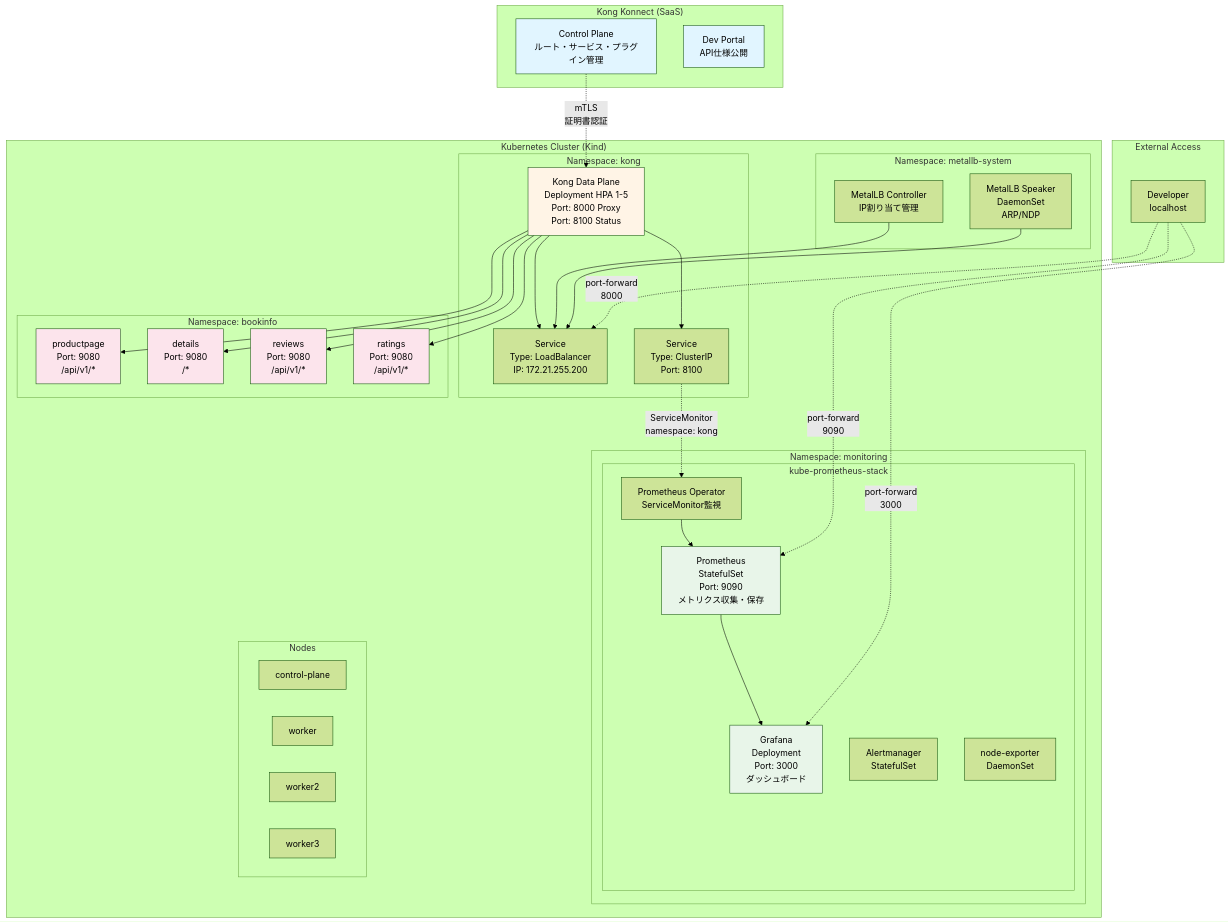
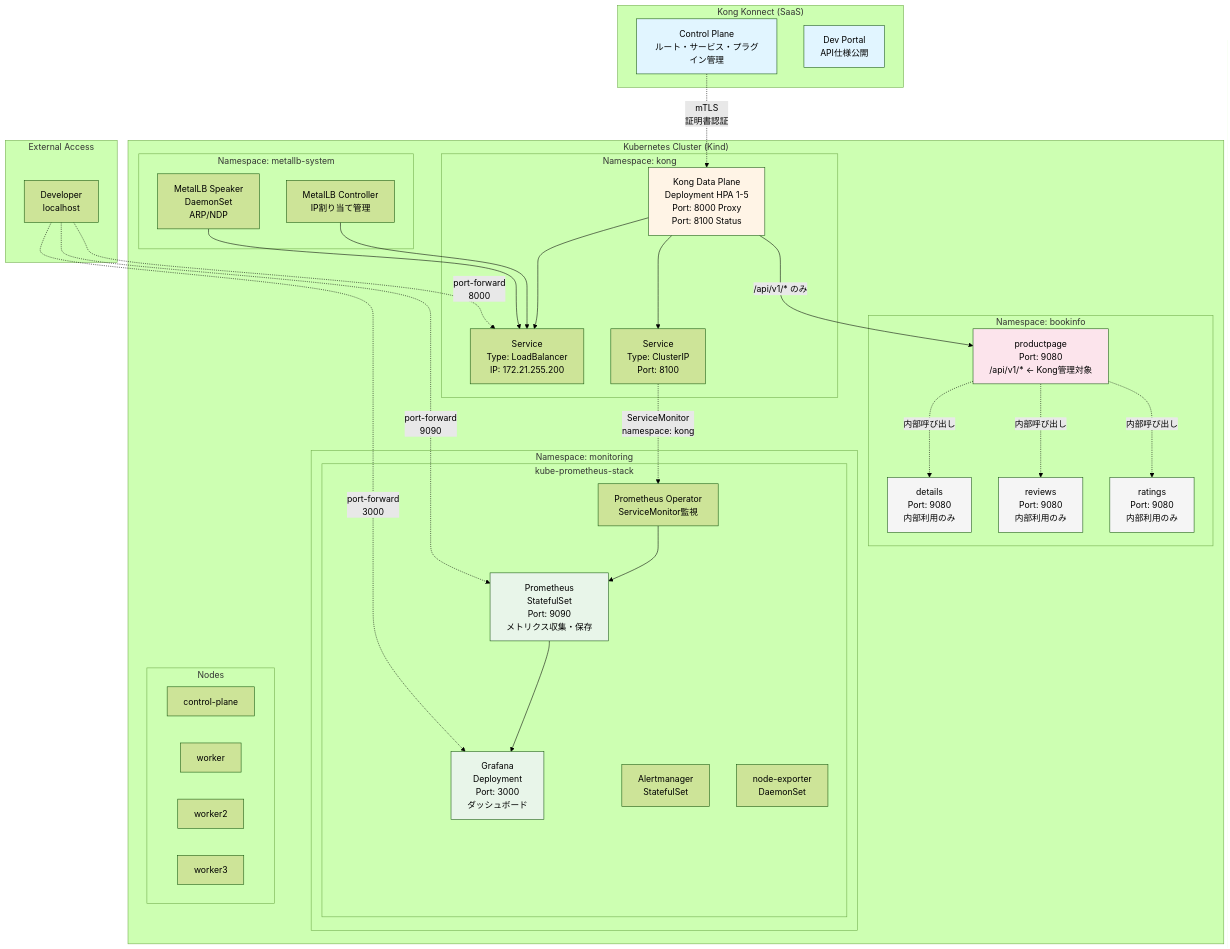
The first of 6 diagrams in ARCHITECTURE.md (ftuajii/kong-work), drawn with Mermaid (forest theme) before and after one commit. The commit also changed other lines of this file and 2 other files, not shown here.

Commit message:
ARCHITECTURE.mdとREADME.mdを更新し、Kongが管理するエンドポイントの明確化とテストリクエストスクリプトの修正を行いました。send-test-requests.shでは、成功リクエストの数を調整し、詳細エンドポイントへのリクエストを削除しました。

````diff
--- a/ARCHITECTURE.md
+++ b/ARCHITECTURE.md
@@ -5,77 +5,78 @@
 ```mermaid
 graph TB
     subgraph "Kong Konnect (SaaS)"
         CP[Control Plane<br/>ルート・サービス・プラグイン管理]
         Portal[Dev Portal<br/>API仕様公開]
     end
 
     subgraph "Kubernetes Cluster (Kind)"
         subgraph "Namespace: kong"
             DP[Kong Data Plane<br/>Deployment HPA 1-5<br/>Port: 8000 Proxy<br/>Port: 8100 Status]
             ProxySvc[Service<br/>Type: LoadBalancer<br/>IP: 172.21.255.200]
             StatusSvc[Service<br/>Type: ClusterIP<br/>Port: 8100]
             DP --> ProxySvc
             DP --> StatusSvc
         end
 
         subgraph "Namespace: bookinfo"
-            Product[productpage<br/>Port: 9080<br/>/api/v1/*]
-            Details[details<br/>Port: 9080<br/>/*]
-            Reviews[reviews<br/>Port: 9080<br/>/api/v1/*]
-            Ratings[ratings<br/>Port: 9080<br/>/api/v1/*]
+            Product[productpage<br/>Port: 9080<br/>/api/v1/* ← Kong管理対象]
+            Details[details<br/>Port: 9080<br/>内部利用のみ]
+            Reviews[reviews<br/>Port: 9080<br/>内部利用のみ]
+            Ratings[ratings<br/>Port: 9080<br/>内部利用のみ]
+
+            Product -.内部呼び出し.-> Reviews
+            Product -.内部呼び出し.-> Ratings
+            Product -.内部呼び出し.-> Details
         end
 
         subgraph "Namespace: monitoring"
             subgraph "kube-prometheus-stack"
                 PromOp[Prometheus Operator<br/>ServiceMonitor監視]
                 Prom[Prometheus<br/>StatefulSet<br/>Port: 9090<br/>メトリクス収集・保存]
                 Grafana[Grafana<br/>Deployment<br/>Port: 3000<br/>ダッシュボード]
                 Alert[Alertmanager<br/>StatefulSet]
                 NodeExp[node-exporter<br/>DaemonSet]
             end
         end
 
         subgraph "Namespace: metallb-system"
             Controller[MetalLB Controller<br/>IP割り当て管理]
             Speaker[MetalLB Speaker<br/>DaemonSet<br/>ARP/NDP]
         end
 
         subgraph "Nodes"
             ControlPlane[control-plane]
             Worker1[worker]
             Worker2[worker2]
             Worker3[worker3]
         end
     end
 
     subgraph "External Access"
         Client[Developer<br/>localhost]
     end
 
     CP -.mTLS<br/>証明書認証.-> DP
-    DP --> Product
-    DP --> Details
-    DP --> Reviews
-    DP --> Ratings
+    DP -->|/api/v1/* のみ| Product
 
     StatusSvc -.ServiceMonitor<br/>namespace: kong.-> PromOp
     PromOp --> Prom
     Prom --> Grafana
 
     Controller --> ProxySvc
     Speaker --> ProxySvc
 
     Client -.port-forward<br/>8000.-> ProxySvc
     Client -.port-forward<br/>3000.-> Grafana
     Client -.port-forward<br/>9090.-> Prom
 
     style CP fill:#e1f5ff
     style Portal fill:#e1f5ff
     style DP fill:#fff4e6
     style Prom fill:#e8f5e9
     style Grafana fill:#e8f5e9
     style Product fill:#fce4ec
-    style Details fill:#fce4ec
-    style Reviews fill:#fce4ec
-    style Ratings fill:#fce4ec
+    style Details fill:#f5f5f5
+    style Reviews fill:#f5f5f5
+    style Ratings fill:#f5f5f5
 ```
````
